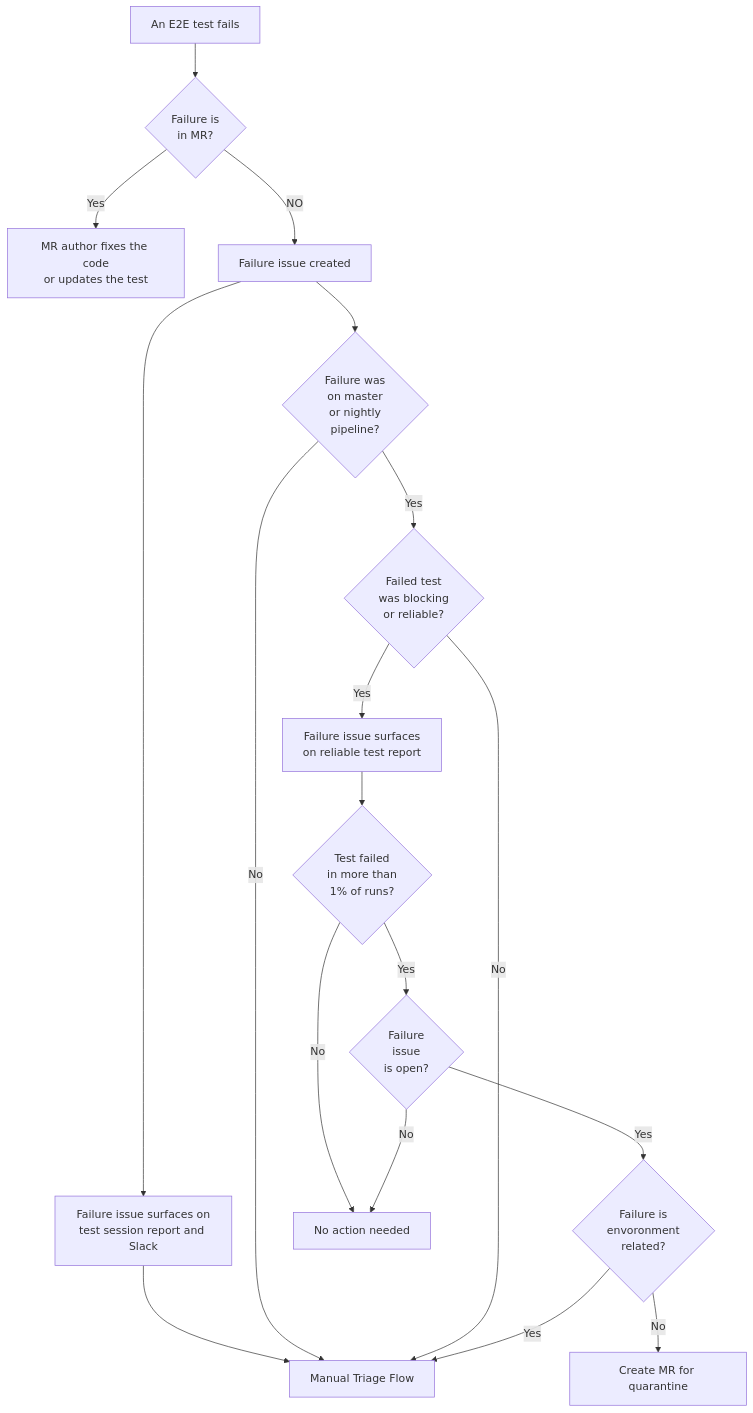
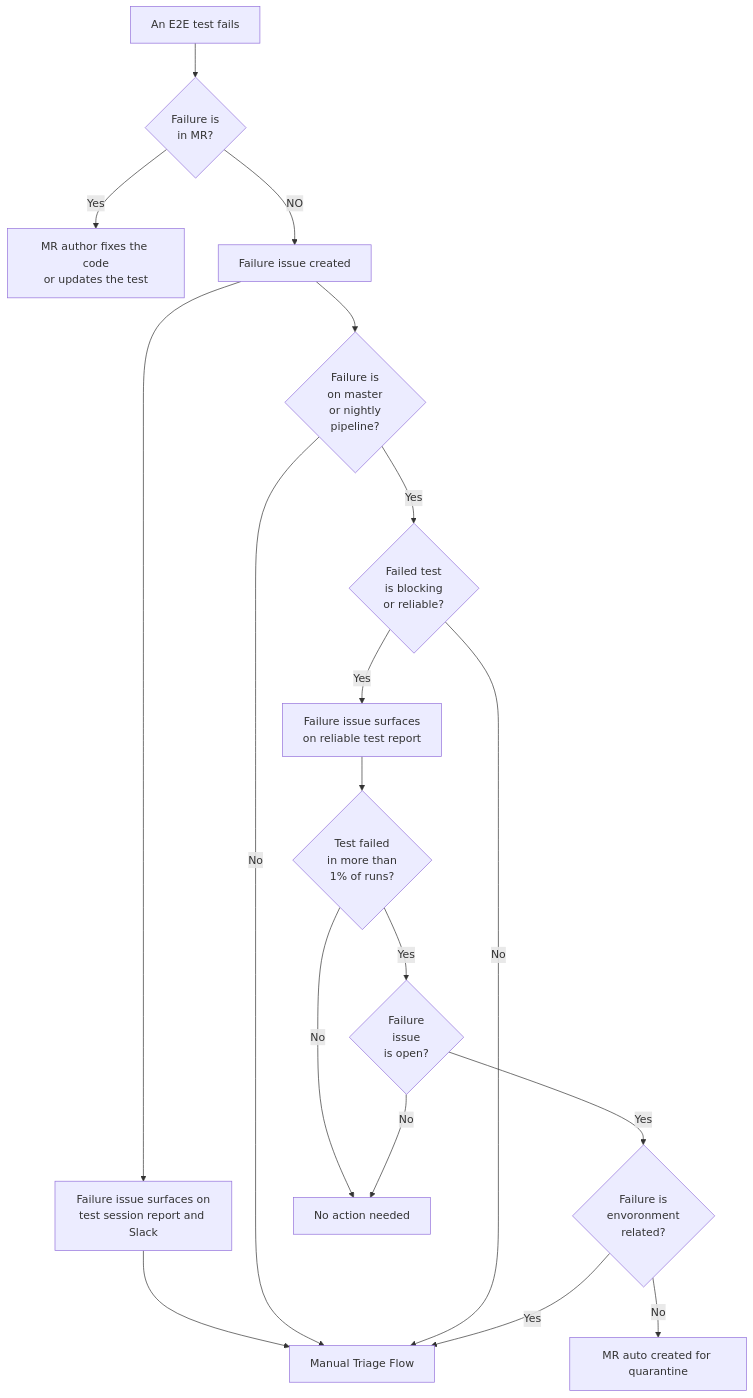
Before and after one commit to moliver28/research-handbook: the diagram in content/handbook/engineering/infrastructure/test-platform/reliable-tests.md, drawn with Mermaid.

Commit message:
Fix language

````diff
--- a/content/handbook/engineering/infrastructure/test-platform/reliable-tests.md
+++ b/content/handbook/engineering/infrastructure/test-platform/reliable-tests.md
@@ -57,43 +57,43 @@
 ```mermaid
 
 flowchart TD
     %% external links
     click dri_triage_failure "https://handbook.gitlab.com/handbook/engineering/infrastructure/test-platform/debugging-qa-test-failures/#triage-flow"
 
     %% nodes
     test_fails[An E2E test fails]
     failure_in_mr_check{Failure is\nin MR?}
     author_fixes[MR author fixes the code\nor updates the test]
     failure_issue_created[Failure issue created]
     test_session_report[Failure issue surfaces on\ntest session report and Slack]
     manual_triage_flow[Manual Triage Flow]
-    blocking_check{Failed test\nwas blocking\nor reliable?}
-    nightly_or_master_check{Failure was\non master\nor nightly\npipeline?}
+    blocking_check{Failed test\nis blocking\nor reliable?}
+    nightly_or_master_check{Failure is\non master\nor nightly\npipeline?}
     surface_on_relaible_report[Failure issue surfaces\non reliable test report]
     one_percent_failure_check{Test failed\nin more than\n1% of runs?}
     failure_issue_open_check{Failure\nissue\nis open?}
     test_environment_related_check{Failure is\nenvoronment\nrelated?}
-    create_mr_for_quarantine[Create MR for quarantine]
+    create_mr_for_quarantine[MR auto created for quarantine]
     no_action[No action needed]
 
     test_fails --> failure_in_mr_check
     failure_in_mr_check -->|Yes| author_fixes
     failure_in_mr_check -->|NO| failure_issue_created
     failure_issue_created --> test_session_report
     test_session_report --> manual_triage_flow
     failure_issue_created --> nightly_or_master_check
 
     nightly_or_master_check -->|Yes| blocking_check
     nightly_or_master_check -->|No| manual_triage_flow
     blocking_check -->|Yes| surface_on_relaible_report
     blocking_check -->|No| manual_triage_flow
 
     surface_on_relaible_report --> one_percent_failure_check
     one_percent_failure_check -->|Yes| failure_issue_open_check
     one_percent_failure_check -->|No| no_action
     failure_issue_open_check -->|Yes| test_environment_related_check
     failure_issue_open_check -->|No| no_action
     test_environment_related_check -->|No| create_mr_for_quarantine
     test_environment_related_check -->|Yes| manual_triage_flow
 
 ```
````
